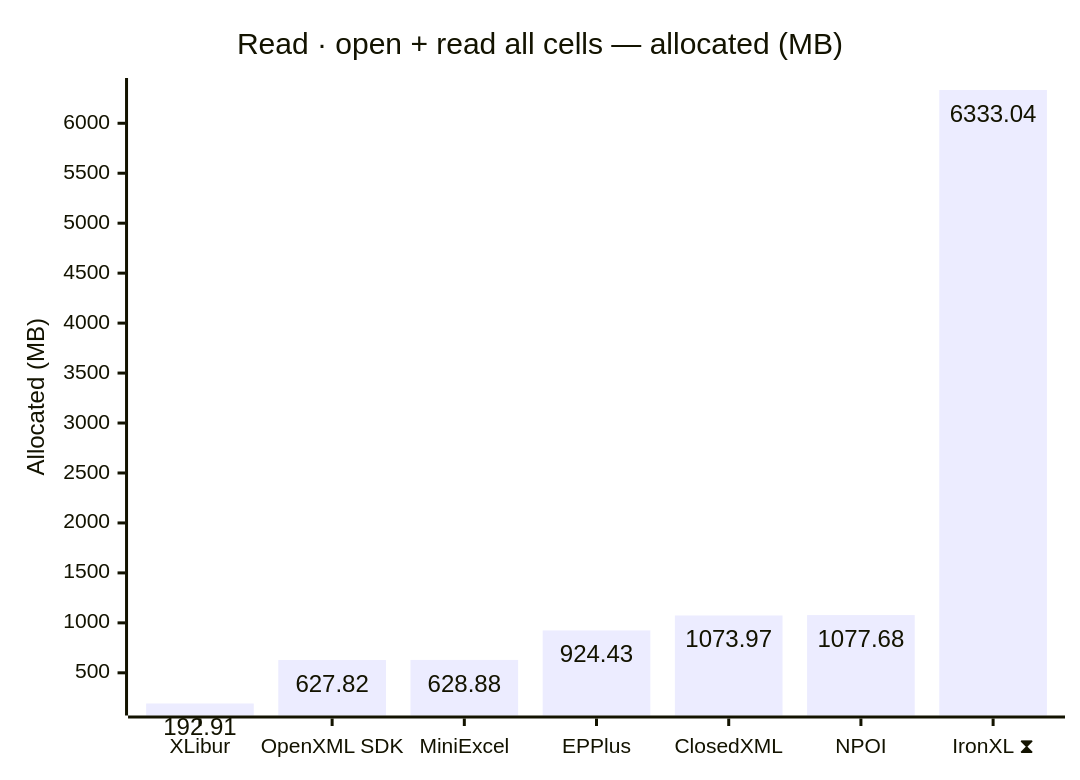
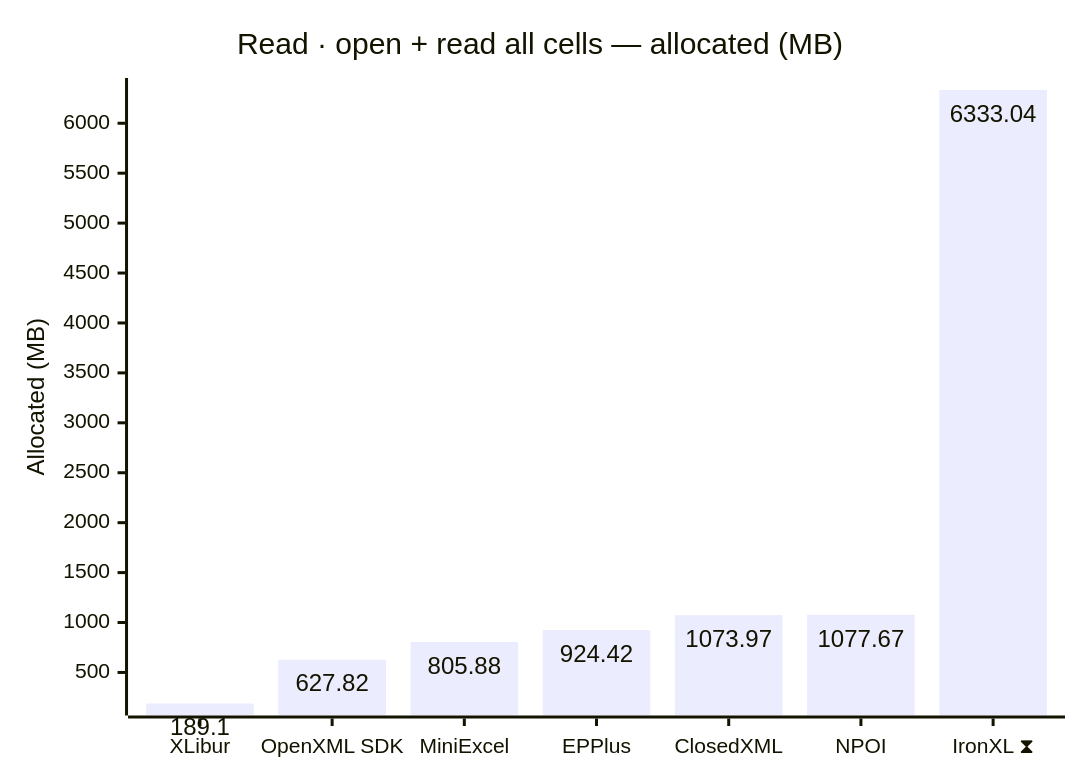
Before and after one commit to jafin/XLBench: the fourth of 12 diagrams in docs/results-ci.md, drawn with Mermaid. The commit also changed other lines of this file, not shown here.

````diff
--- a/docs/results-ci.md
+++ b/docs/results-ci.md
@@ -80,12 +80,12 @@
 ```mermaid
 ---
 config:
   xyChart:
     showDataLabel: true
 ---
 xychart-beta
     title "Read · open + read all cells — allocated (MB)"
     x-axis ["XLibur", "OpenXML SDK", "MiniExcel", "EPPlus", "ClosedXML", "NPOI", "IronXL ⧗"]
     y-axis "Allocated (MB)"
-    bar [192.91, 627.82, 628.88, 924.43, 1073.97, 1077.68, 6333.04]
+    bar [189.1, 627.82, 805.88, 924.42, 1073.97, 1077.67, 6333.04]
 ```
````
